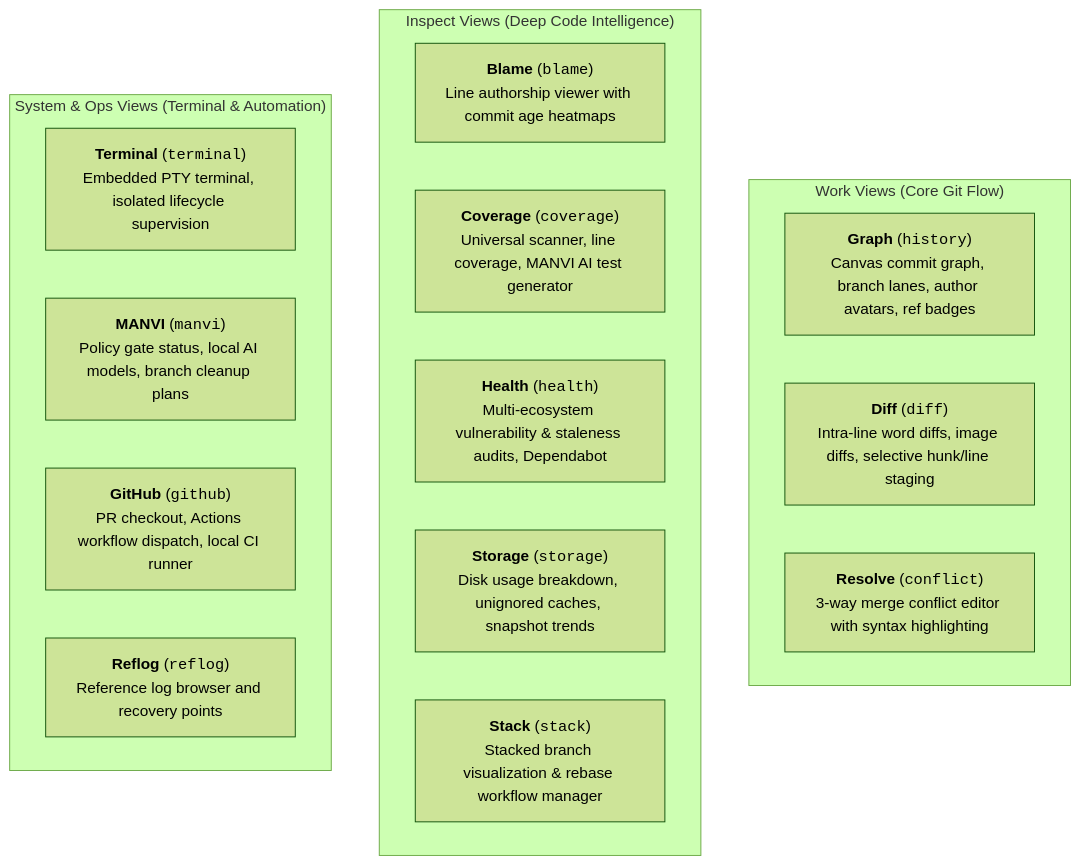
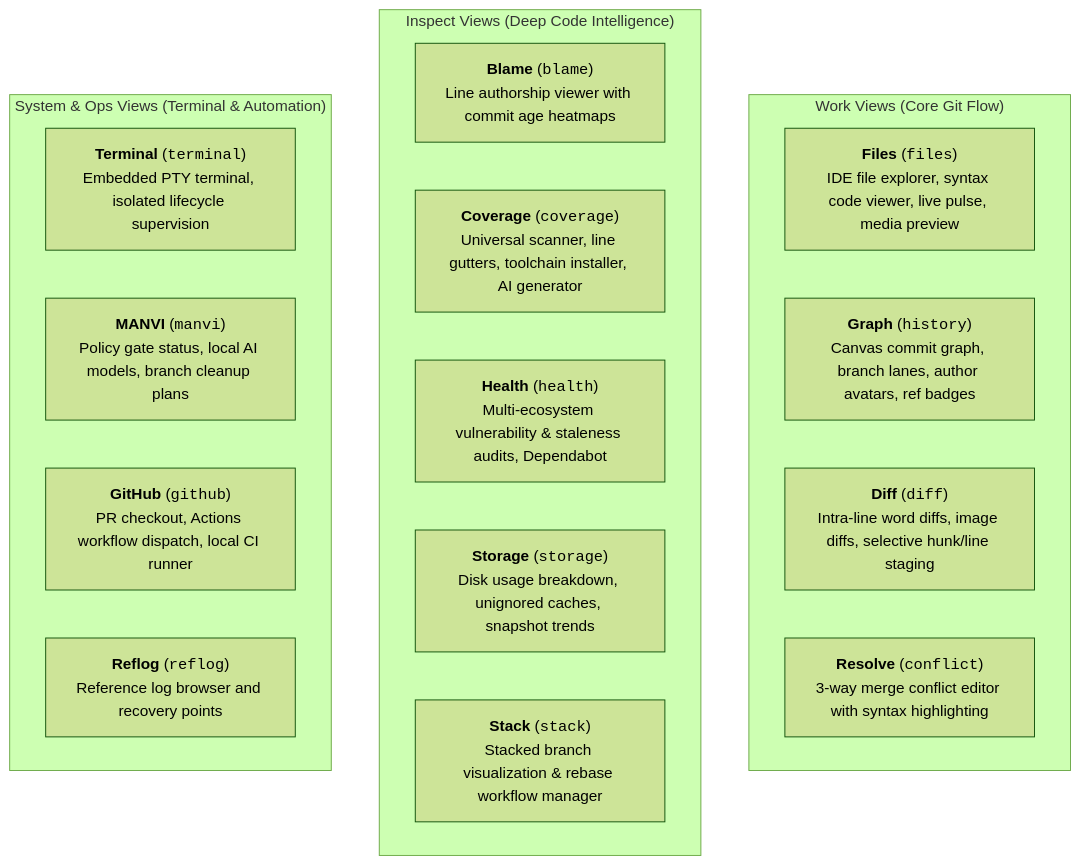
Before and after one commit to bharathvbcr/GitPulse: the first of 2 diagrams in docs/FEATURES.md, drawn with Mermaid (forest theme). The commit also changed other lines of this file and 12 other files, not shown here.

Commit message:
docs: update architecture, features, and repo documentation

````diff
--- a/docs/FEATURES.md
+++ b/docs/FEATURES.md
@@ -5,23 +5,24 @@
 ```mermaid
 flowchart TD
     subgraph WorkGroup["Work Views (Core Git Flow)"]
+        Files["<b>Files</b> (<code>files</code>)<br/>IDE file explorer, syntax code viewer, live pulse, media preview"]
         History["<b>Graph</b> (<code>history</code>)<br/>Canvas commit graph, branch lanes, author avatars, ref badges"]
         Diff["<b>Diff</b> (<code>diff</code>)<br/>Intra-line word diffs, image diffs, selective hunk/line staging"]
         Conflict["<b>Resolve</b> (<code>conflict</code>)<br/>3-way merge conflict editor with syntax highlighting"]
     end
 
     subgraph InspectGroup["Inspect Views (Deep Code Intelligence)"]
         Blame["<b>Blame</b> (<code>blame</code>)<br/>Line authorship viewer with commit age heatmaps"]
-        Coverage["<b>Coverage</b> (<code>coverage</code>)<br/>Universal scanner, line coverage, MANVI AI test generator"]
+        Coverage["<b>Coverage</b> (<code>coverage</code>)<br/>Universal scanner, line gutters, toolchain installer, AI generator"]
         Health["<b>Health</b> (<code>health</code>)<br/>Multi-ecosystem vulnerability & staleness audits, Dependabot"]
         Storage["<b>Storage</b> (<code>storage</code>)<br/>Disk usage breakdown, unignored caches, snapshot trends"]
         Stack["<b>Stack</b> (<code>stack</code>)<br/>Stacked branch visualization & rebase workflow manager"]
     end
 
     subgraph SystemGroup["System & Ops Views (Terminal & Automation)"]
         Terminal["<b>Terminal</b> (<code>terminal</code>)<br/>Embedded PTY terminal, isolated lifecycle supervision"]
         MANVI["<b>MANVI</b> (<code>manvi</code>)<br/>Policy gate status, local AI models, branch cleanup plans"]
         GitHub["<b>GitHub</b> (<code>github</code>)<br/>PR checkout, Actions workflow dispatch, local CI runner"]
         Reflog["<b>Reflog</b> (<code>reflog</code>)<br/>Reference log browser and recovery points"]
     end
 ```
````
